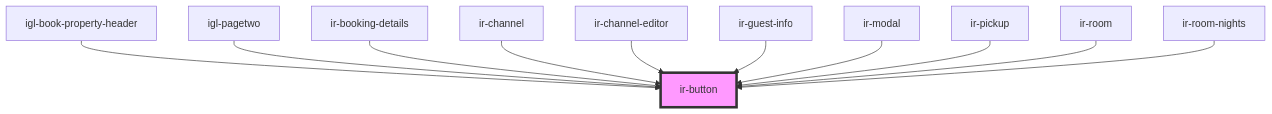
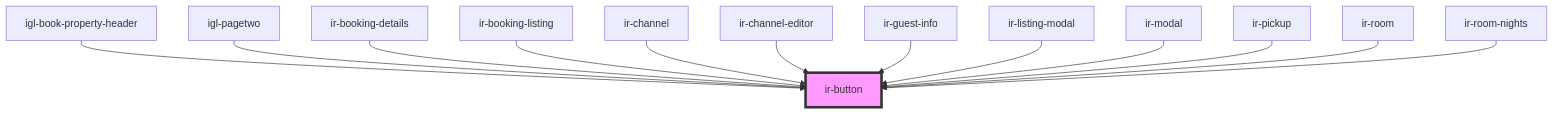
Before and after one commit to David1Chowaifaty/modified-ir-webcmp: the diagram in src/components/ir-button/readme.md, drawn with Mermaid. The commit also changed other lines of this file and 47 other files, not shown here.

Commit message:
still working on the booking listing

````diff
--- a/src/components/ir-button/readme.md
+++ b/src/components/ir-button/readme.md
@@ -49,14 +51,16 @@
 ```mermaid
 graph TD;
   igl-book-property-header --> ir-button
   igl-pagetwo --> ir-button
   ir-booking-details --> ir-button
+  ir-booking-listing --> ir-button
   ir-channel --> ir-button
   ir-channel-editor --> ir-button
   ir-guest-info --> ir-button
+  ir-listing-modal --> ir-button
   ir-modal --> ir-button
   ir-pickup --> ir-button
   ir-room --> ir-button
   ir-room-nights --> ir-button
   style ir-button fill:#f9f,stroke:#333,stroke-width:4px
 ```
````
